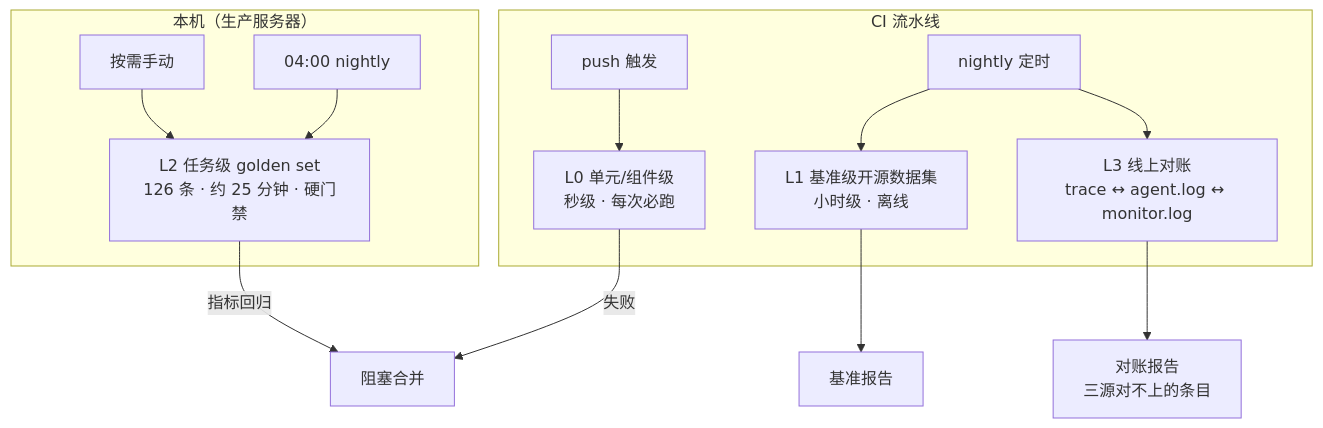
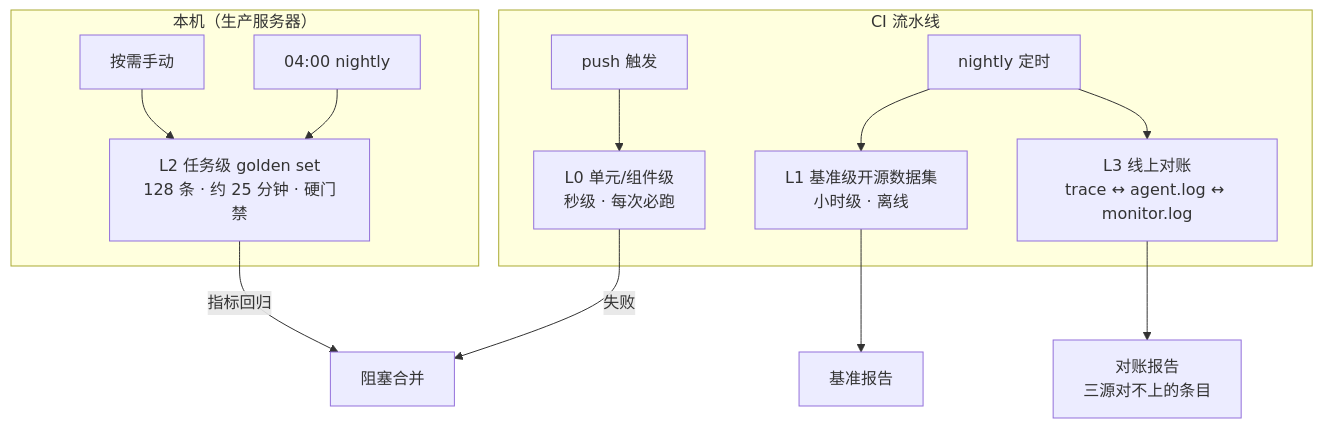
The first of 2 diagrams in docs/eval-observability.md (BigLeopardCat/saudade-blog-agent), drawn with Mermaid before and after one commit. The commit also changed other lines of this file, not shown here.

````diff
--- a/docs/eval-observability.md
+++ b/docs/eval-observability.md
@@ -115,16 +138,16 @@
 ```mermaid
 flowchart TB
     subgraph CI[CI 流水线]
         P0[push 触发] --> L0[L0 单元/组件级<br/>秒级 · 每次必跑]
         N[nightly 定时] --> L1[L1 基准级开源数据集<br/>小时级 · 离线]
         N --> L3[L3 线上对账<br/>trace ↔ agent.log ↔ monitor.log]
     end
     subgraph LOCAL[本机（生产服务器）]
-        P1[按需手动] --> L2[L2 任务级 golden set<br/>126 条 · 约 25 分钟 · 硬门禁]
+        P1[按需手动] --> L2[L2 任务级 golden set<br/>128 条 · 约 25 分钟 · 硬门禁]
         N2[04:00 nightly] --> L2
     end
     L0 -->|失败| BLOCK[阻塞合并]
     L2 -->|指标回归| BLOCK
     L1 --> R1[基准报告]
     L3 --> R2[对账报告<br/>三源对不上的条目]
 ```
````
